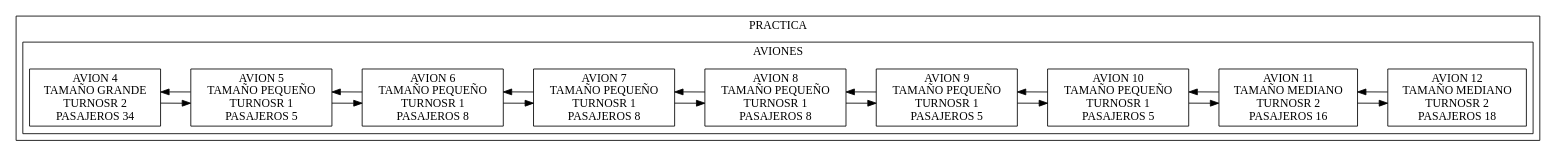
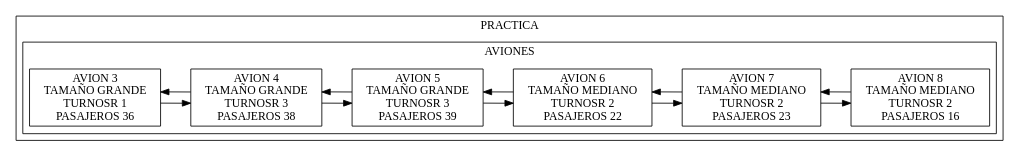
Before and after one commit to jmateo95/EDD_201313852: the diagram in practica/build-inicio-Desktop_Qt_5_9_3_MinGW_32bit-Debug/dot.dot, drawn with Graphviz. The commit also changed 21 other files, not shown here.

```diff
--- a/practica/build-inicio-Desktop_Qt_5_9_3_MinGW_32bit-Debug/dot.dot
+++ b/practica/build-inicio-Desktop_Qt_5_9_3_MinGW_32bit-Debug/dot.dot
@@ -1,33 +1,26 @@
-digraph{ 
- rankdir = LR; 
- node[shape = record];subgraph clusterPRACTICA{
+digraph{
+rankdir = LR; 
+ node[shape = record];
+subgraph clusterPRACTICA{
 label = "PRACTICA";
 subgraph clusterAVIONES{
-label = " AVIONES "nca0[label = "AVION 4\n TAMAÑO GRANDE\n TURNOSR 2\n PASAJEROS 34"];
-nca1[label = "AVION 5\n TAMAÑO PEQUEÑO\n TURNOSR 1\n PASAJEROS 5"];
-nca2[label = "AVION 6\n TAMAÑO PEQUEÑO\n TURNOSR 1\n PASAJEROS 8"];
-nca3[label = "AVION 7\n TAMAÑO PEQUEÑO\n TURNOSR 1\n PASAJEROS 8"];
-nca4[label = "AVION 8\n TAMAÑO PEQUEÑO\n TURNOSR 1\n PASAJEROS 8"];
-nca5[label = "AVION 9\n TAMAÑO PEQUEÑO\n TURNOSR 1\n PASAJEROS 5"];
-nca6[label = "AVION 10\n TAMAÑO PEQUEÑO\n TURNOSR 1\n PASAJEROS 5"];
-nca7[label = "AVION 11\n TAMAÑO MEDIANO\n TURNOSR 2\n PASAJEROS 16"];
-nca8[label = "AVION 12\n TAMAÑO MEDIANO\n TURNOSR 2\n PASAJEROS 18"];
-nca0->nca1
-nca1->nca2
-nca1->nca0
-nca2->nca3
-nca2->nca1
-nca3->nca4
-nca3->nca2
-nca4->nca5
-nca4->nca3
-nca5->nca6
-nca5->nca4
-nca6->nca7
-nca6->nca5
-nca7->nca8
-nca7->nca6
-nca8->nca7
+label = " AVIONES "
+avion0[label = "AVION 3\n TAMAÑO GRANDE\n TURNOSR 1\n PASAJEROS 36"];
+avion1[label = "AVION 4\n TAMAÑO GRANDE\n TURNOSR 3\n PASAJEROS 38"];
+avion2[label = "AVION 5\n TAMAÑO GRANDE\n TURNOSR 3\n PASAJEROS 39"];
+avion3[label = "AVION 6\n TAMAÑO MEDIANO\n TURNOSR 2\n PASAJEROS 22"];
+avion4[label = "AVION 7\n TAMAÑO MEDIANO\n TURNOSR 2\n PASAJEROS 23"];
+avion5[label = "AVION 8\n TAMAÑO MEDIANO\n TURNOSR 2\n PASAJEROS 16"];
+avion0->avion1
+avion1->avion2
+avion1->avion0
+avion2->avion3
+avion2->avion1
+avion3->avion4
+avion3->avion2
+avion4->avion5
+avion4->avion3
+avion5->avion4
 }
 }
 }
```
